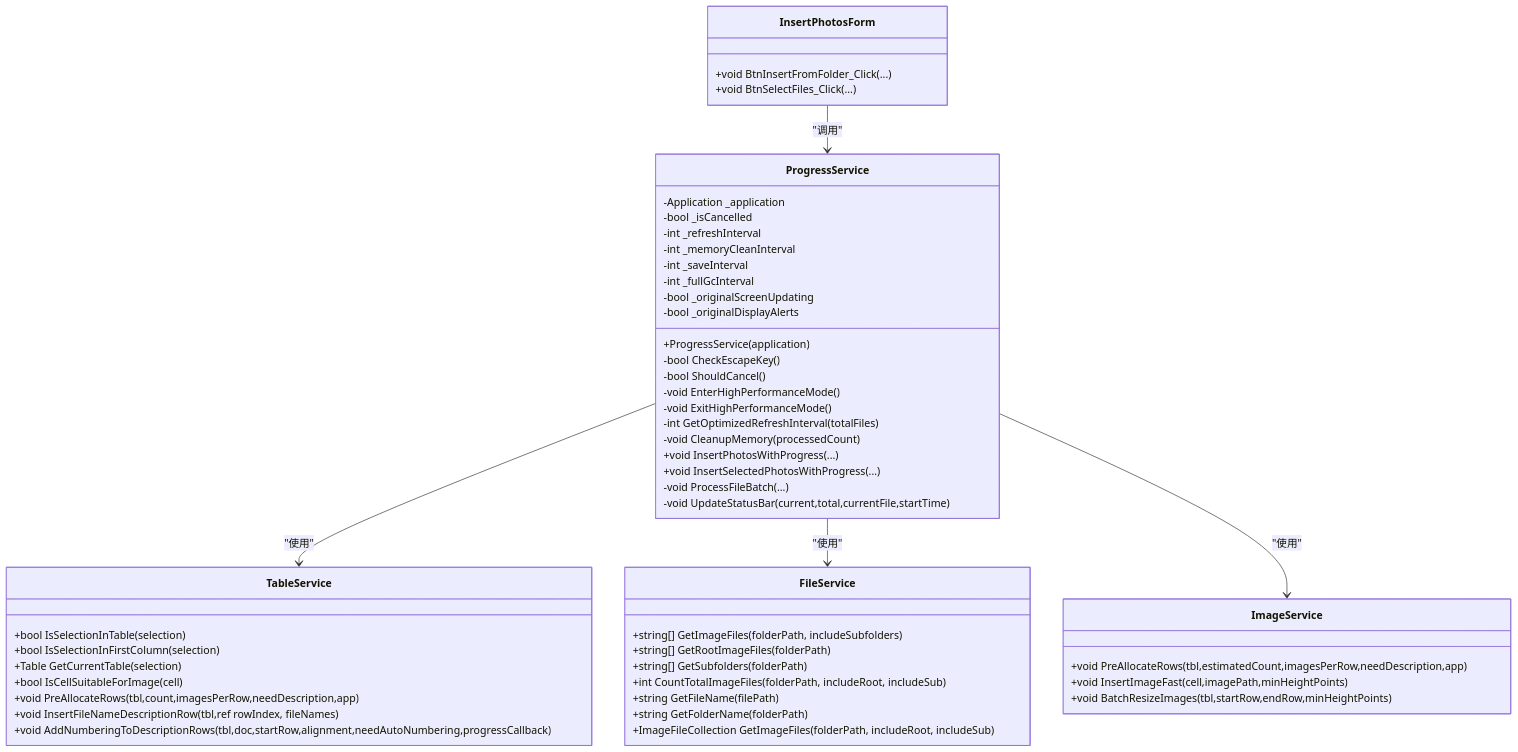
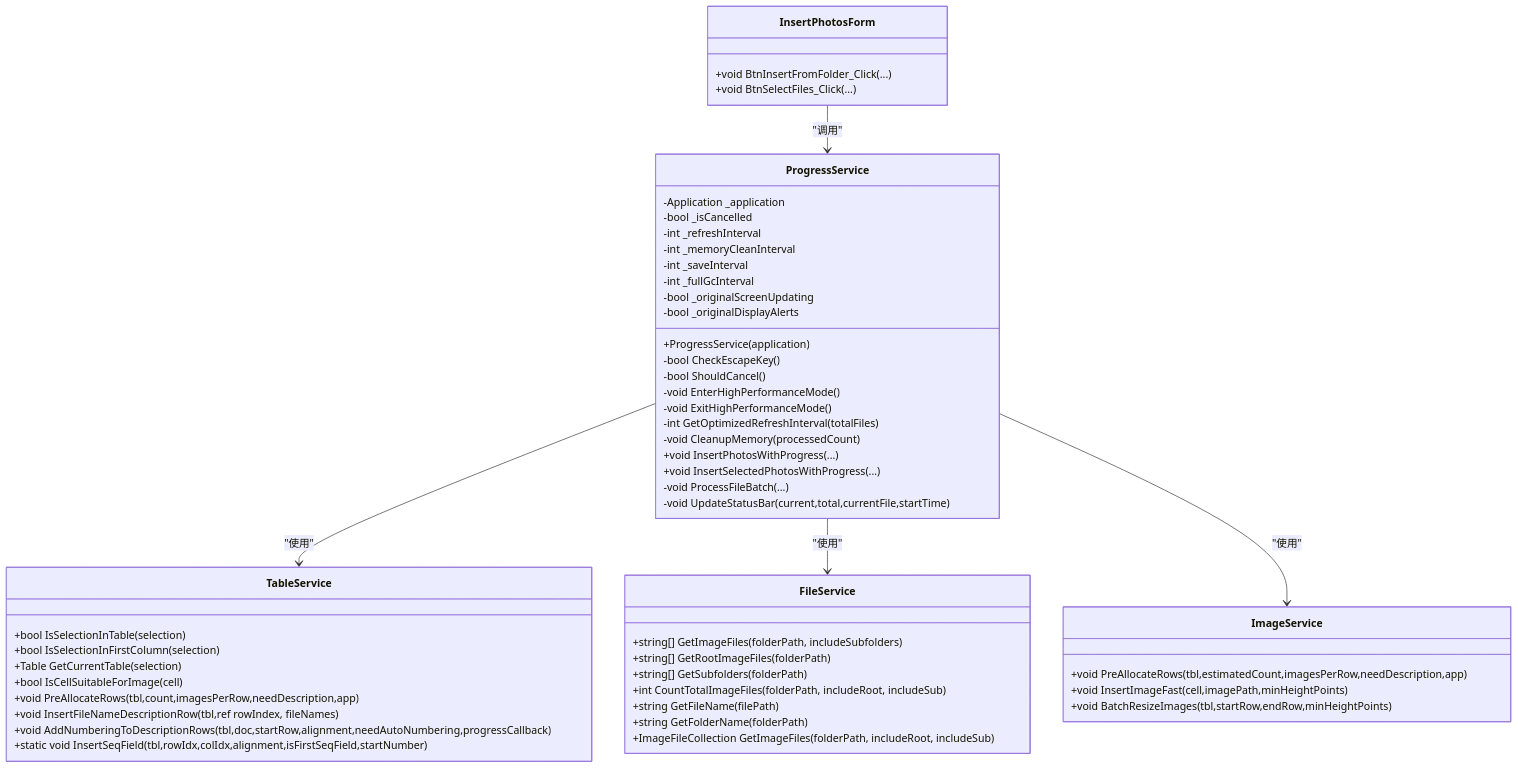
The third of 7 diagrams in .qoder/repowiki/zh/content/服务层/进度服务.md (rainiva/WordTools), drawn with Mermaid before and after one commit. The commit also changed other lines of this file and 6 other files, not shown here.

````diff
--- a/.qoder/repowiki/zh/content/服务层/进度服务.md
+++ b/.qoder/repowiki/zh/content/服务层/进度服务.md
@@ -153,55 +153,56 @@
 ```mermaid
 classDiagram
 class ProgressService {
 -Application _application
 -bool _isCancelled
 -int _refreshInterval
 -int _memoryCleanInterval
 -int _saveInterval
 -int _fullGcInterval
 -bool _originalScreenUpdating
 -bool _originalDisplayAlerts
 +ProgressService(application)
 -bool CheckEscapeKey()
 -bool ShouldCancel()
 -void EnterHighPerformanceMode()
 -void ExitHighPerformanceMode()
 -int GetOptimizedRefreshInterval(totalFiles)
 -void CleanupMemory(processedCount)
 +void InsertPhotosWithProgress(...)
 +void InsertSelectedPhotosWithProgress(...)
 -void ProcessFileBatch(...)
 -void UpdateStatusBar(current,total,currentFile,startTime)
 }
 class TableService {
 +bool IsSelectionInTable(selection)
 +bool IsSelectionInFirstColumn(selection)
 +Table GetCurrentTable(selection)
 +bool IsCellSuitableForImage(cell)
 +void PreAllocateRows(tbl,count,imagesPerRow,needDescription,app)
 +void InsertFileNameDescriptionRow(tbl,ref rowIndex, fileNames)
 +void AddNumberingToDescriptionRows(tbl,doc,startRow,alignment,needAutoNumbering,progressCallback)
++static void InsertSeqField(tbl,rowIdx,colIdx,alignment,isFirstSeqField,startNumber)
 }
 class FileService {
 +string[] GetImageFiles(folderPath, includeSubfolders)
 +string[] GetRootImageFiles(folderPath)
 +string[] GetSubfolders(folderPath)
 +int CountTotalImageFiles(folderPath, includeRoot, includeSub)
 +string GetFileName(filePath)
 +string GetFolderName(folderPath)
 +ImageFileCollection GetImageFiles(folderPath, includeRoot, includeSub)
 }
 class ImageService {
 +void PreAllocateRows(tbl,estimatedCount,imagesPerRow,needDescription,app)
 +void InsertImageFast(cell,imagePath,minHeightPoints)
 +void BatchResizeImages(tbl,startRow,endRow,minHeightPoints)
 }
 class InsertPhotosForm {
 +void BtnInsertFromFolder_Click(...)
 +void BtnSelectFiles_Click(...)
 }
 ProgressService --> TableService : "使用"
 ProgressService --> FileService : "使用"
 ProgressService --> ImageService : "使用"
 InsertPhotosForm --> ProgressService : "调用"
 ```
````
